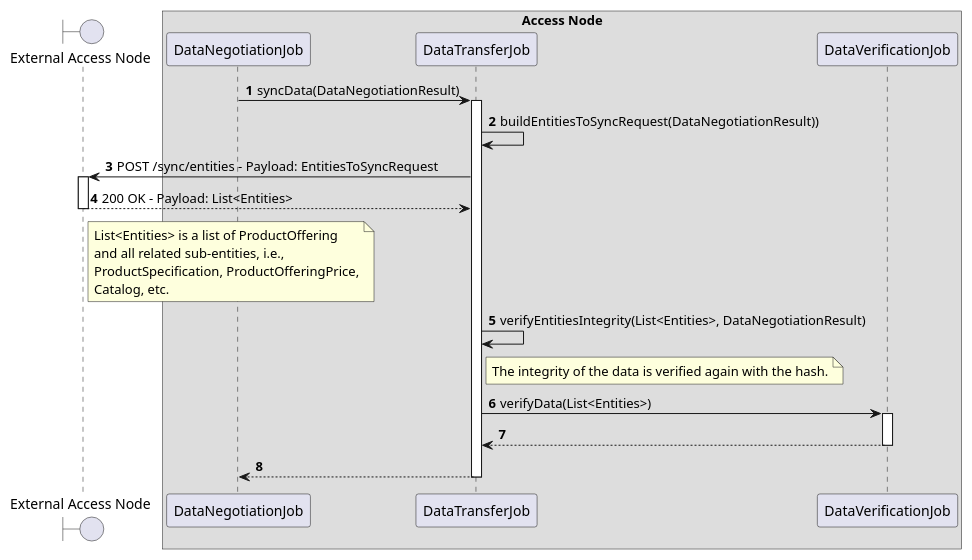
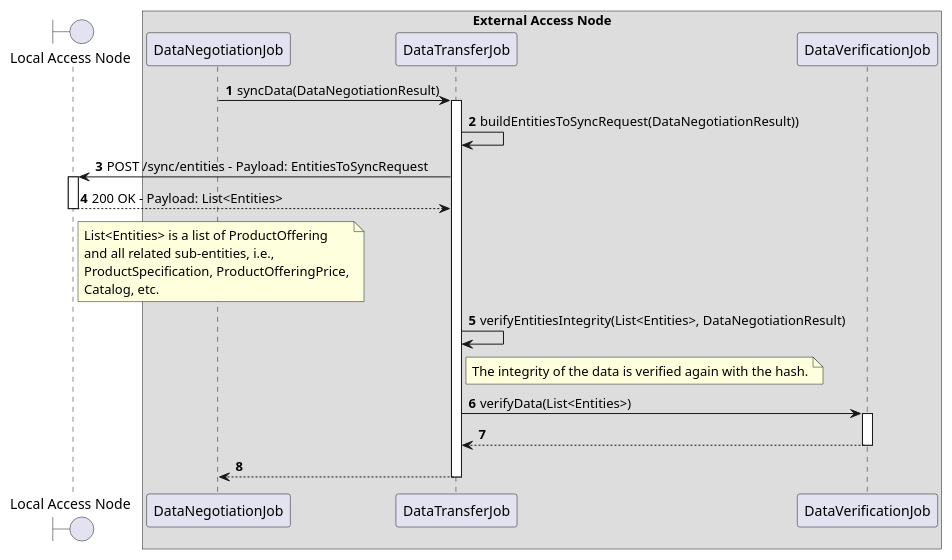
One commit to in2workspace/in2-guides changed the diagram in desmos-tech-doc/diagrams/p2p-sync-discovery-data-transfer.puml. Above: the diagram before and after it, drawn with PlantUML. The commit also changed 7 other files, not shown here.

Commit message:
fix(data-syncronization): update external and local

```diff
--- a/desmos-tech-doc/diagrams/p2p-sync-discovery-data-transfer.puml
+++ b/desmos-tech-doc/diagrams/p2p-sync-discovery-data-transfer.puml
@@ -1,42 +1,42 @@
 @startuml
 'https://plantuml.com/sequence-diagram
 
 '---------- Config ----------------
 
 autonumber
 
 '---------- Header ----------------
 
-boundary "External Access Node" as ean
+boundary "Local Access Node" as lan
 
-box "Access Node"
+box "External Access Node"
   participant "DataNegotiationJob" as dnj
   participant "DataTransferJob" as dtj
   participant "DataVerificationJob" as dvj
 
 end box
 
 '---------- Diagram ----------------
 
 dnj -> dtj++: syncData(DataNegotiationResult)
     dtj -> dtj: buildEntitiesToSyncRequest(DataNegotiationResult))
-    dtj -> ean++: POST /sync/entities - Payload: EntitiesToSyncRequest
+    dtj -> lan++: POST /sync/entities - Payload: EntitiesToSyncRequest
     return 200 OK - Payload: List<Entities>
-    note right of ean
+    note right of lan
         List<Entities> is a list of ProductOffering
         and all related sub-entities, i.e.,
         ProductSpecification, ProductOfferingPrice,
         Catalog, etc.
     end note
 
     dtj -> dtj: verifyEntitiesIntegrity(List<Entities>, DataNegotiationResult)
     note right of dtj
         The integrity of the data is verified again with the hash.
     end note
 
     dtj -> dvj++: verifyData(List<Entities>)
     return
 
 return
 
 @enduml
```
